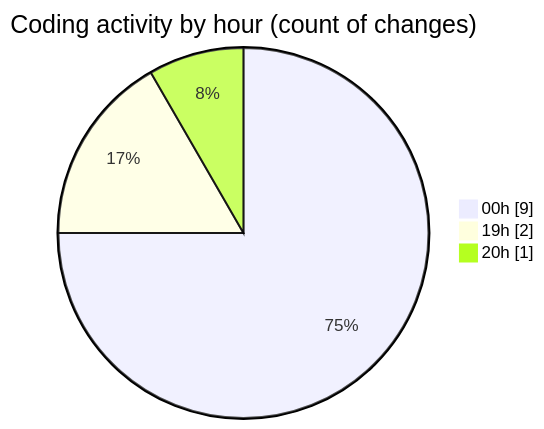
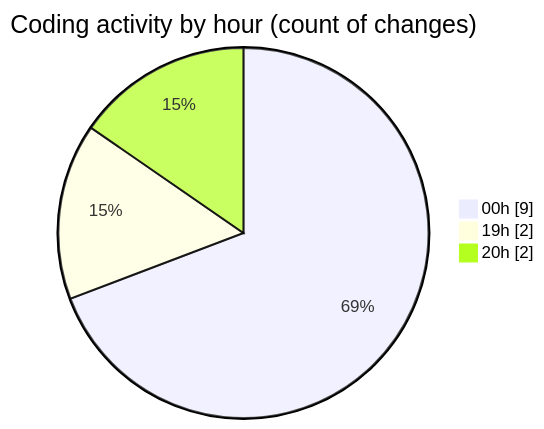
One commit to JenPaints/code-tracking changed the second of 2 diagrams in 2025-06-21/archive/README.md. Above: the diagram before and after it, drawn with Mermaid. The commit also changed other lines of this file and 1 other file, not shown here.

````diff
--- a/2025-06-21/archive/README.md
+++ b/2025-06-21/archive/README.md
@@ -37,7 +37,7 @@
 ```mermaid
 pie showData
 title Coding activity by hour (count of changes)
 "00h" : 9
 "19h" : 2
-"20h" : 1
+"20h" : 2
 ```
````
